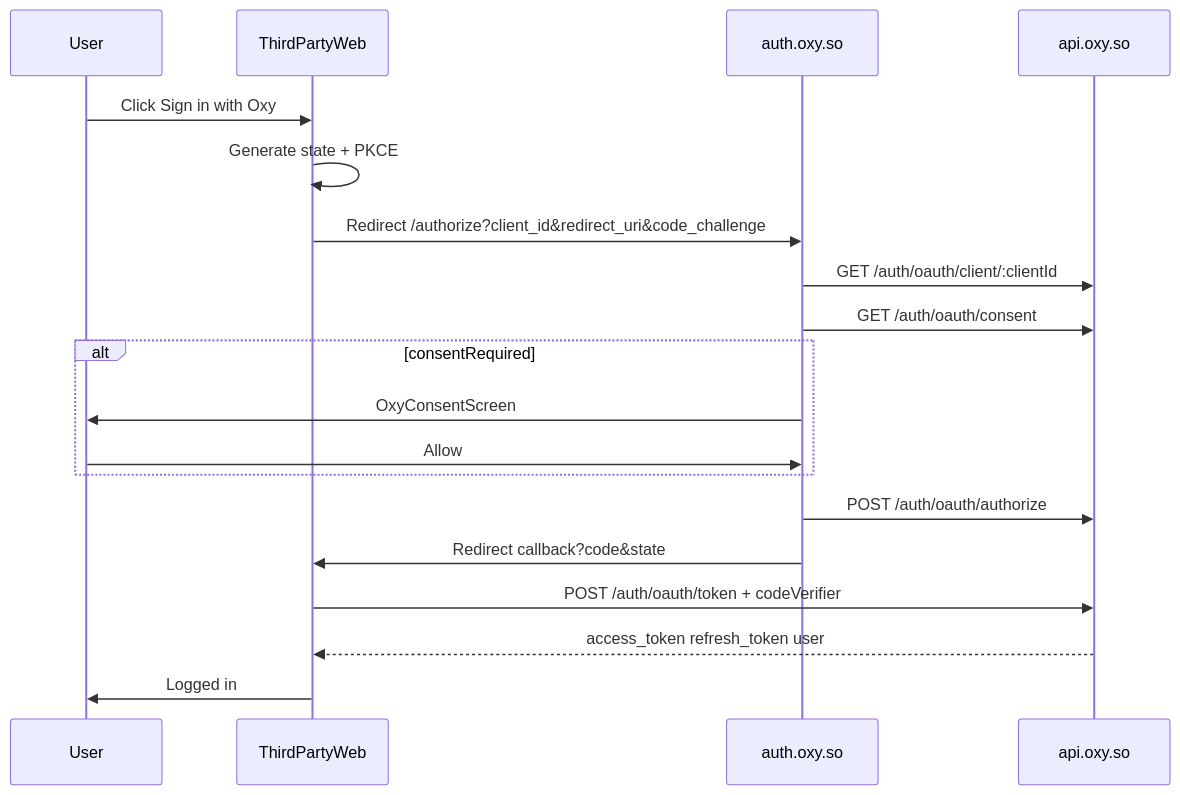
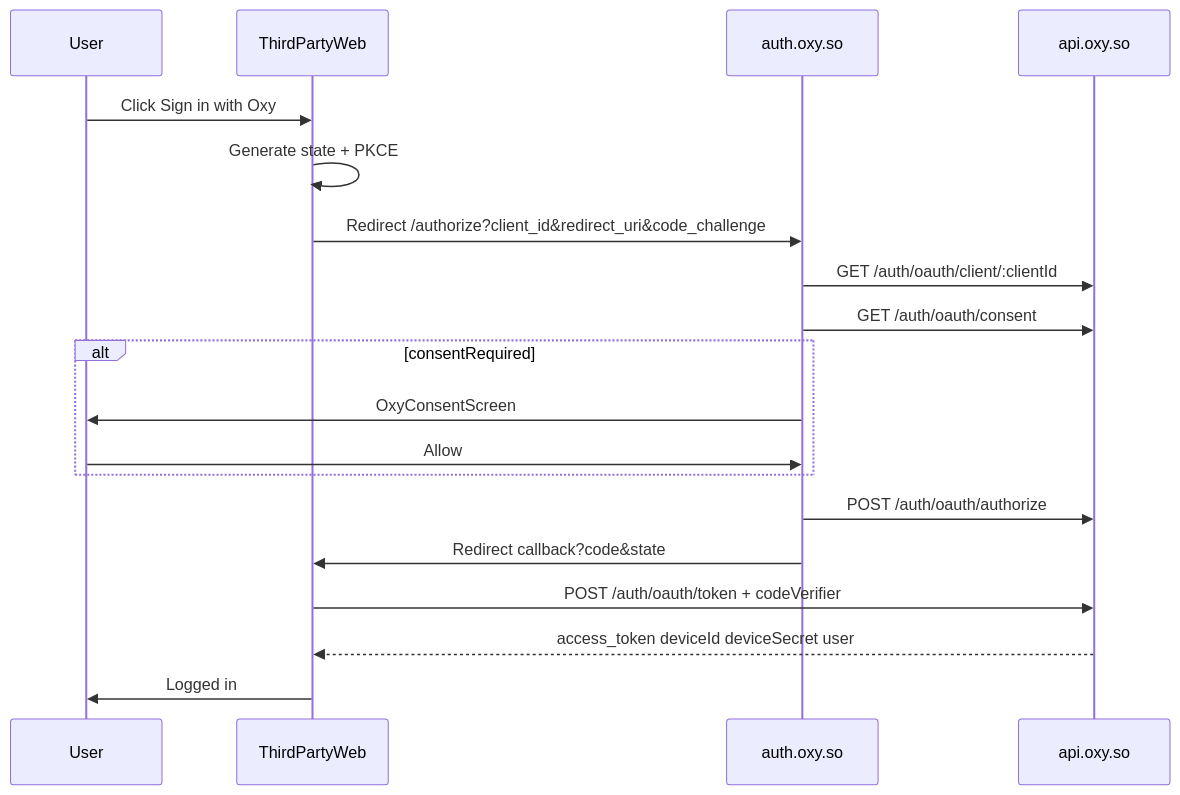
The sixth of 7 diagrams in docs/architecture/oxy-auth-platform.md (OxyHQ/OxyHQServices), drawn with Mermaid before and after one commit. The commit also changed other lines of this file and 5 other files, not shown here.

````diff
--- a/docs/architecture/oxy-auth-platform.md
+++ b/docs/architecture/oxy-auth-platform.md
@@ -526,22 +526,22 @@
 ```mermaid
 sequenceDiagram
   participant User
   participant RP as ThirdPartyWeb
   participant IdP as auth.oxy.so
   participant API as api.oxy.so
 
   User->>RP: Click Sign in with Oxy
   RP->>RP: Generate state + PKCE
   RP->>IdP: Redirect /authorize?client_id&redirect_uri&code_challenge
   IdP->>API: GET /auth/oauth/client/:clientId
   IdP->>API: GET /auth/oauth/consent
   alt consentRequired
     IdP->>User: OxyConsentScreen
     User->>IdP: Allow
   end
   IdP->>API: POST /auth/oauth/authorize
   IdP->>RP: Redirect callback?code&state
   RP->>API: POST /auth/oauth/token + codeVerifier
-  API-->>RP: access_token refresh_token user
+  API-->>RP: access_token deviceId deviceSecret user
   RP->>User: Logged in
 ```
````
